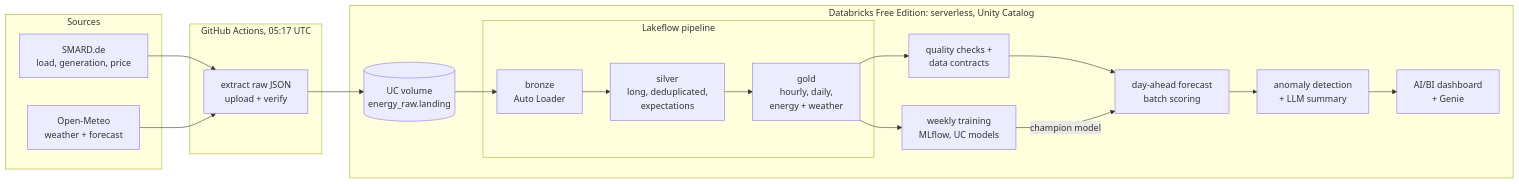
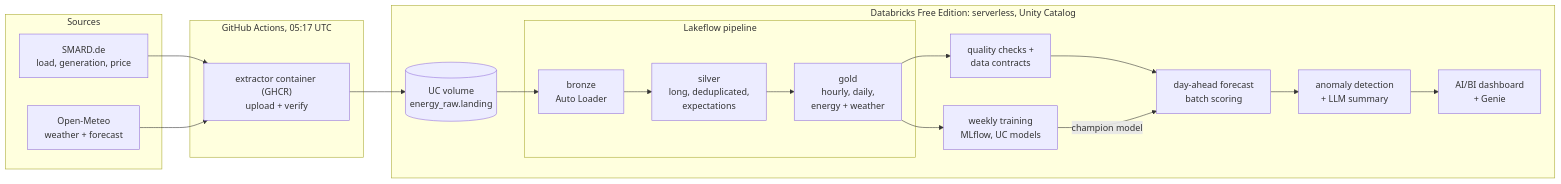
One commit to tutul032/energy-lakehouse-de changed the first of 2 diagrams in README.md. Above: the diagram before and after it, drawn with Mermaid. The commit also changed other lines of this file and 7 other files, not shown here.

````diff
--- a/README.md
+++ b/README.md
@@ -24,27 +24,27 @@
 ```mermaid
 flowchart LR
   subgraph SRC["Sources"]
     SMARD["SMARD.de<br/>load, generation, price"]
     OM["Open-Meteo<br/>weather + forecast"]
   end
   subgraph GHA["GitHub Actions, 05:17 UTC"]
-    EX["extract raw JSON<br/>upload + verify"]
+    EX["extractor container (GHCR)<br/>upload + verify"]
   end
   subgraph DBX["Databricks Free Edition: serverless, Unity Catalog"]
     VOL[("UC volume<br/>energy_raw.landing")]
     subgraph PIPE["Lakeflow pipeline"]
       B["bronze<br/>Auto Loader"] --> S["silver<br/>long, deduplicated,<br/>expectations"] --> G["gold<br/>hourly, daily,<br/>energy + weather"]
     end
     Q["quality checks +<br/>data contracts"]
     TR["weekly training<br/>MLflow, UC models"]
     F["day-ahead forecast<br/>batch scoring"]
     A["anomaly detection<br/>+ LLM summary"]
     D["AI/BI dashboard<br/>+ Genie"]
   end
   SMARD --> EX
   OM --> EX
   EX --> VOL --> B
   G --> Q --> F --> A --> D
   TR -- "champion model" --> F
   G --> TR
 ```
````
